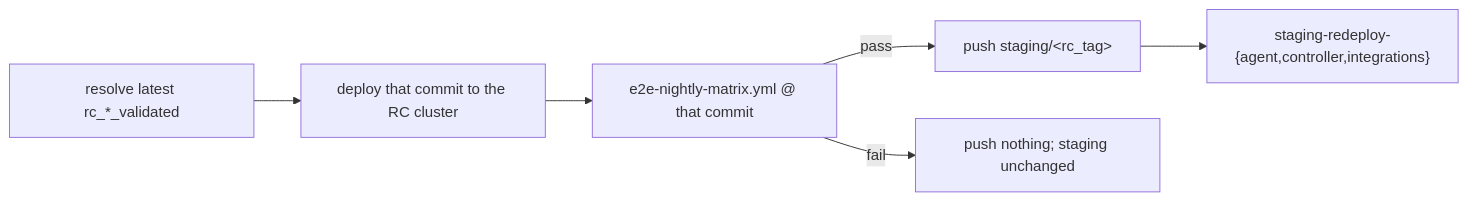
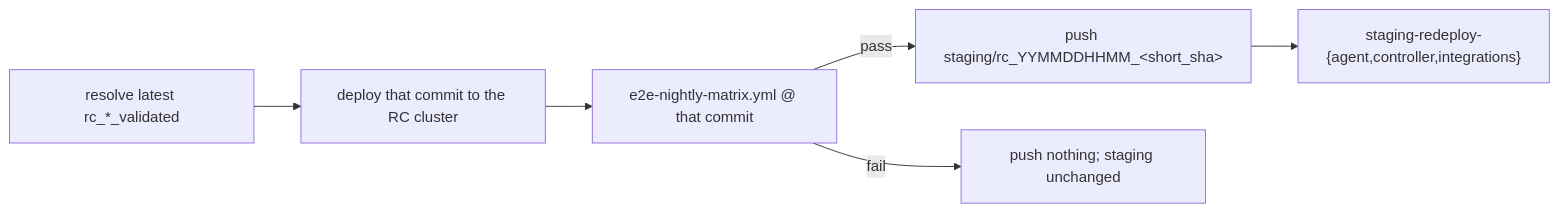
One commit to gke-agentic/kube-agents changed the first of 2 diagrams in docs/designs/e2e-testing-harness.md. Above: the diagram before and after it, drawn with Mermaid. The commit also changed other lines of this file and 10 other files, not shown here.

````diff
--- a/docs/designs/e2e-testing-harness.md
+++ b/docs/designs/e2e-testing-harness.md
@@ -23,8 +23,8 @@
 ```mermaid
 graph LR
     A["resolve latest rc_*_validated"] --> B["deploy that commit to the RC cluster"]
     B --> C["e2e-nightly-matrix.yml @ that commit"]
-    C -->|pass| D["push staging/&lt;rc_tag&gt;"]
+    C -->|pass| D["push staging/rc_YYMMDDHHMM_&lt;short_sha&gt;"]
     C -->|fail| E["push nothing; staging unchanged"]
     D --> F["staging-redeploy-{agent,controller,integrations}"]
 ```
````
